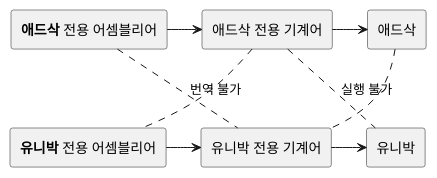
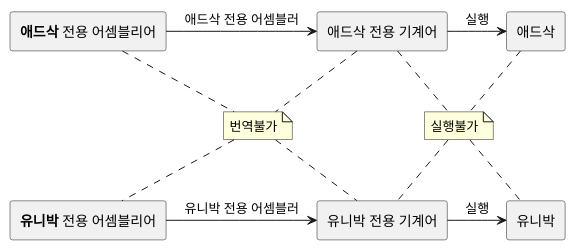
One commit to JunilHwang/TIL changed the first of 3 diagrams in Book/OOP-Principle/01-Loved-Human/README.md. Above: the diagram before and after it, drawn with PlantUML. The commit also changed other lines of this file, not shown here.

```diff
--- a/Book/OOP-Principle/01-Loved-Human/README.md
+++ b/Book/OOP-Principle/01-Loved-Human/README.md
@@ -63,21 +77,28 @@
 @startuml
 rectangle "**애드삭** 전용 어셈블리어" as a1
 rectangle "애드삭 전용 기계어" as a2
 rectangle "애드삭" as a3
 rectangle "**유니박** 전용 어셈블리어" as b1
 rectangle "유니박 전용 기계어" as b2
 rectangle "유니박" as b3
+note "번역불가" as nt1
+note "실행불가" as nt2
 
 a1 --[hidden] b1
 a2 --[hidden] b2
 a3 --[hidden] b3
-a1 -> a2
-a2 -> a3
-b1 -> b2
-b2 -> b3
 
-a1 .. b2 : 번역 불가
-a2 .. b1
-a2 .. b3 : 실행 불가
-a3 .. b2
+a1 -> a2 : 애드삭 전용 어셈블러
+a2 -> a3 : 실행
+b1 -> b2 : 유니박 전용 어셈블러
+b2 -> b3 : 실행
+
+a1 .. nt1
+a2 .. nt1
+a2 .. nt2
+a3 .. nt2
+nt1 .. b1
+nt1 .. b2
+nt2 .. b2
+nt2 .. b3
 @enduml
```
